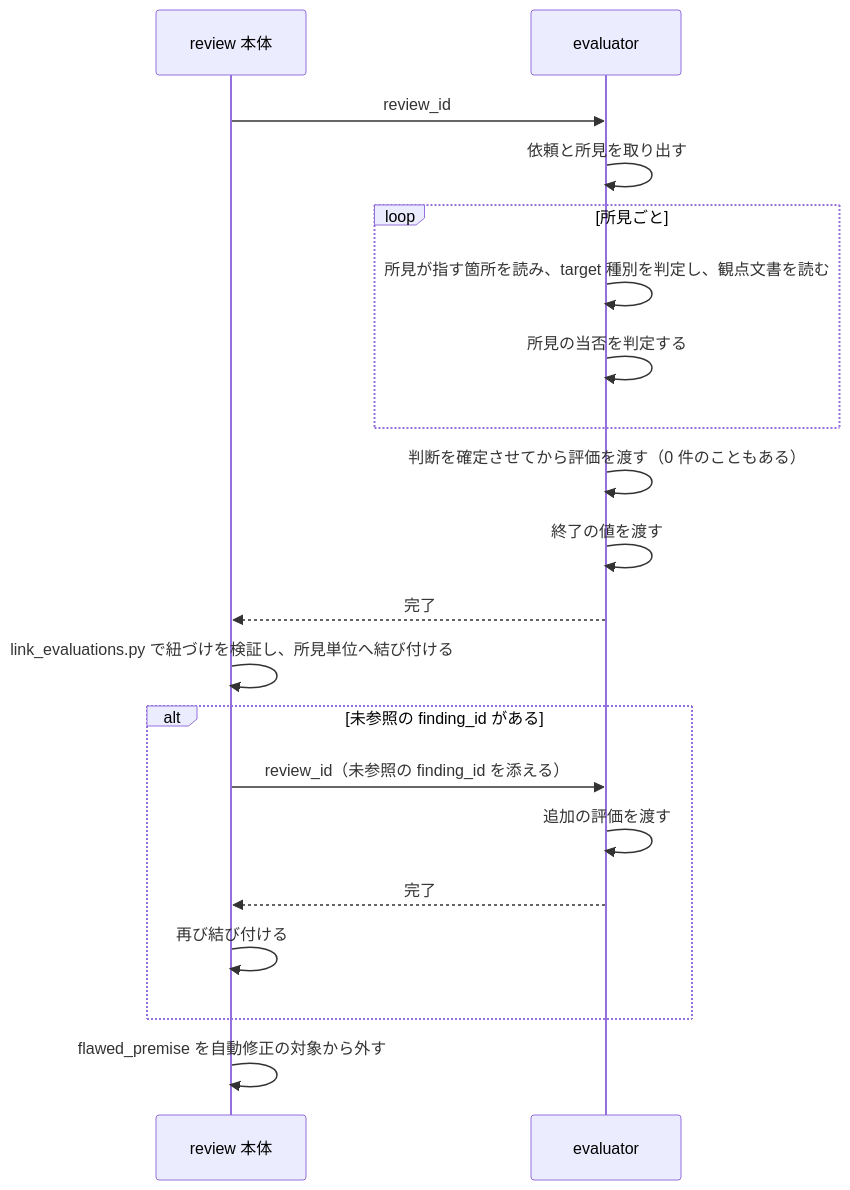
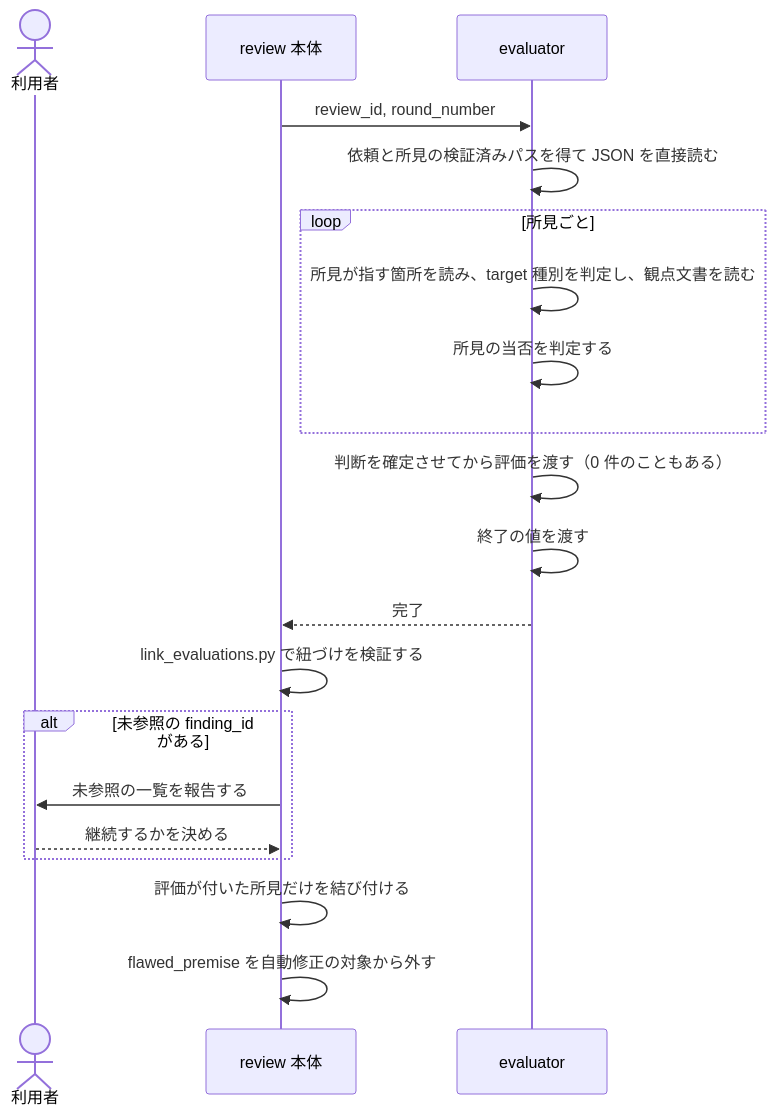
Before and after one commit to BlueEventHorizon/bw-cc-plugins: the diagram in docs/specs/evaluator-perspective/design/DES-083_evaluator_perspective_design.md, drawn with Mermaid. The commit also changed other lines of this file and 3 other files, not shown here.

````diff
--- a/docs/specs/evaluator-perspective/design/DES-083_evaluator_perspective_design.md
+++ b/docs/specs/evaluator-perspective/design/DES-083_evaluator_perspective_design.md
@@ -30,23 +30,23 @@
 ```mermaid
 sequenceDiagram
+    actor Human as 利用者
     participant Body as review 本体
     participant E as evaluator
 
-    Body->>E: review_id
-    E->>E: 依頼と所見を取り出す
+    Body->>E: review_id, round_number
+    E->>E: 依頼と所見の検証済みパスを得て JSON を直接読む
     loop 所見ごと
         E->>E: 所見が指す箇所を読み、target 種別を判定し、観点文書を読む
         E->>E: 所見の当否を判定する
     end
     E->>E: 判断を確定させてから評価を渡す（0 件のこともある）
     E->>E: 終了の値を渡す
     E-->>Body: 完了
-    Body->>Body: link_evaluations.py で紐づけを検証し、所見単位へ結び付ける
+    Body->>Body: link_evaluations.py で紐づけを検証する
     alt 未参照の finding_id がある
-        Body->>E: review_id（未参照の finding_id を添える）
-        E->>E: 追加の評価を渡す
-        E-->>Body: 完了
-        Body->>Body: 再び結び付ける
+        Body->>Human: 未参照の一覧を報告する
+        Human-->>Body: 継続するかを決める
     end
+    Body->>Body: 評価が付いた所見だけを結び付ける
     Body->>Body: flawed_premise を自動修正の対象から外す
 ```
````
